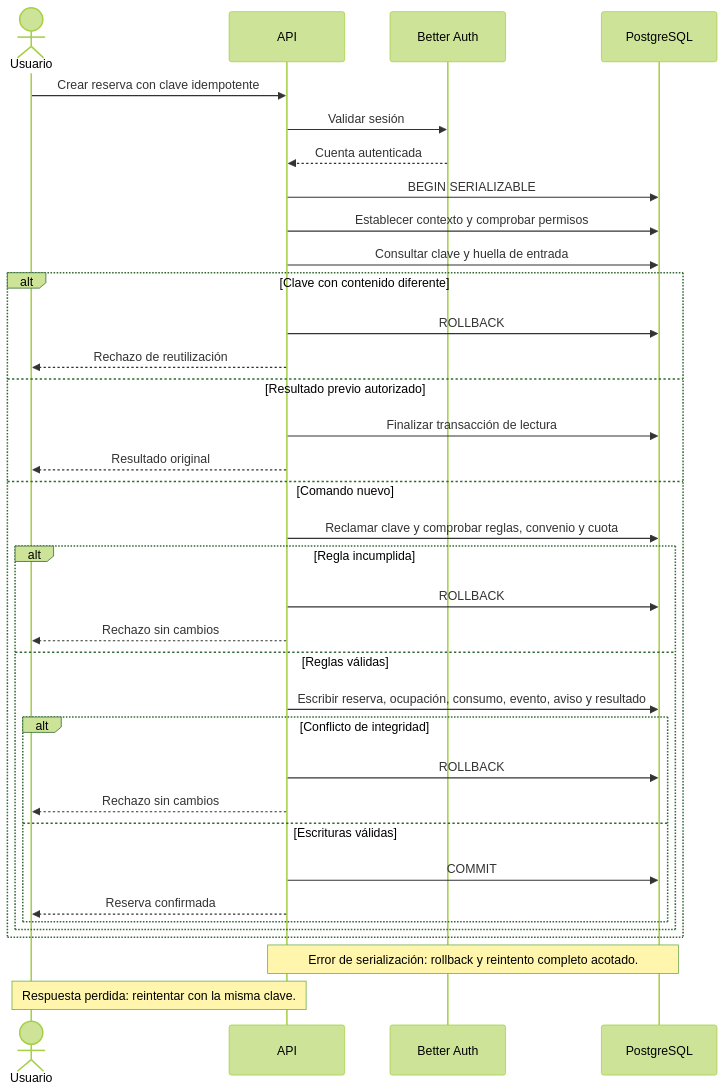
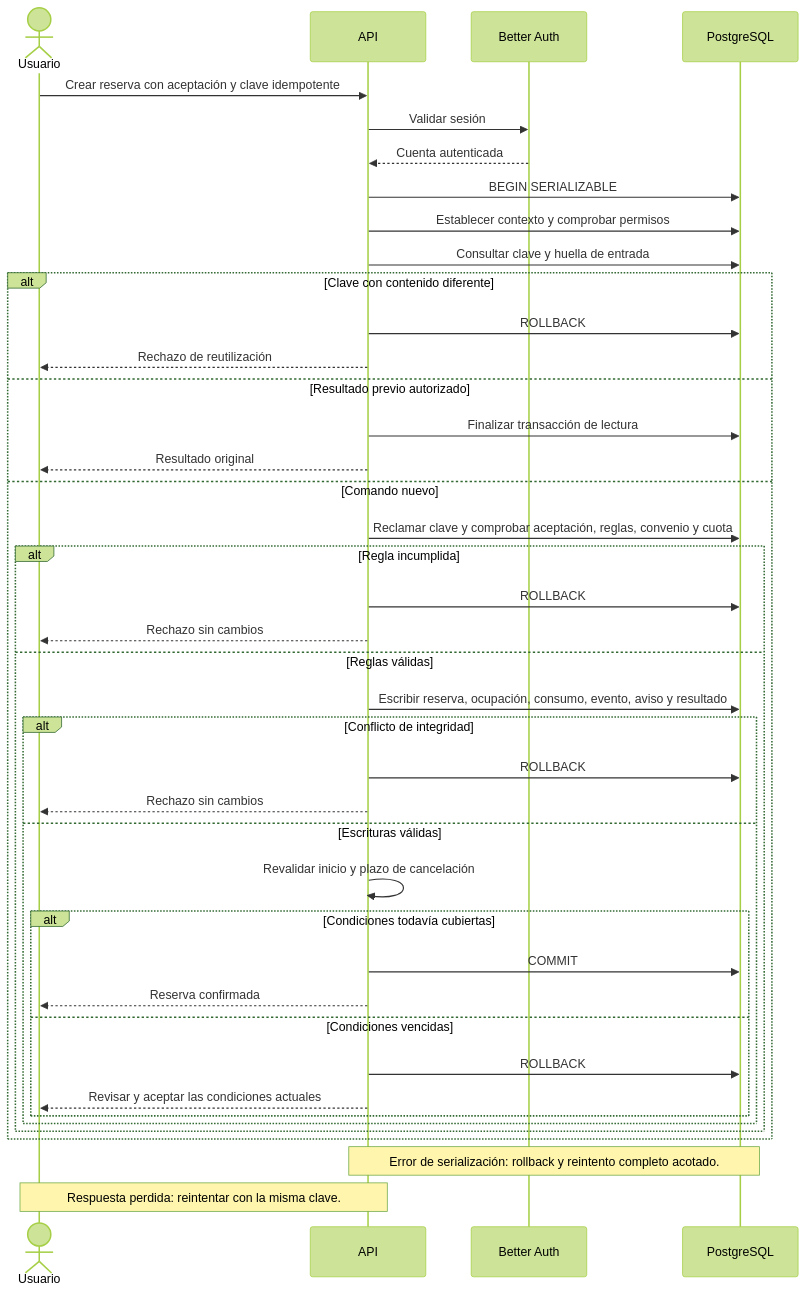
One commit to alanslzrr/quenda changed the second of 4 diagrams in docs/03_procesos_y_secuencias.md. Above: the diagram before and after it, drawn with Mermaid (forest theme). The commit also changed other lines of this file and 6 other files, not shown here.

````diff
--- a/docs/03_procesos_y_secuencias.md
+++ b/docs/03_procesos_y_secuencias.md
@@ -70,37 +70,43 @@
 ```mermaid
 sequenceDiagram
   actor U as Usuario
   participant A as API
   participant I as Better Auth
   participant D as PostgreSQL
-  U->>A: Crear reserva con clave idempotente
+  U->>A: Crear reserva con aceptación y clave idempotente
   A->>I: Validar sesión
   I-->>A: Cuenta autenticada
   A->>D: BEGIN SERIALIZABLE
   A->>D: Establecer contexto y comprobar permisos
   A->>D: Consultar clave y huella de entrada
   alt Clave con contenido diferente
     A->>D: ROLLBACK
     A-->>U: Rechazo de reutilización
   else Resultado previo autorizado
     A->>D: Finalizar transacción de lectura
     A-->>U: Resultado original
   else Comando nuevo
-    A->>D: Reclamar clave y comprobar reglas, convenio y cuota
+    A->>D: Reclamar clave y comprobar aceptación, reglas, convenio y cuota
     alt Regla incumplida
       A->>D: ROLLBACK
       A-->>U: Rechazo sin cambios
     else Reglas válidas
       A->>D: Escribir reserva, ocupación, consumo, evento, aviso y resultado
       alt Conflicto de integridad
         A->>D: ROLLBACK
         A-->>U: Rechazo sin cambios
       else Escrituras válidas
-        A->>D: COMMIT
-        A-->>U: Reserva confirmada
+        A->>A: Revalidar inicio y plazo de cancelación
+        alt Condiciones todavía cubiertas
+          A->>D: COMMIT
+          A-->>U: Reserva confirmada
+        else Condiciones vencidas
+          A->>D: ROLLBACK
+          A-->>U: Revisar y aceptar las condiciones actuales
+        end
       end
     end
   end
   Note over A,D: Error de serialización: rollback y reintento completo acotado.
   Note over U,A: Respuesta perdida: reintentar con la misma clave.
 ```
````
